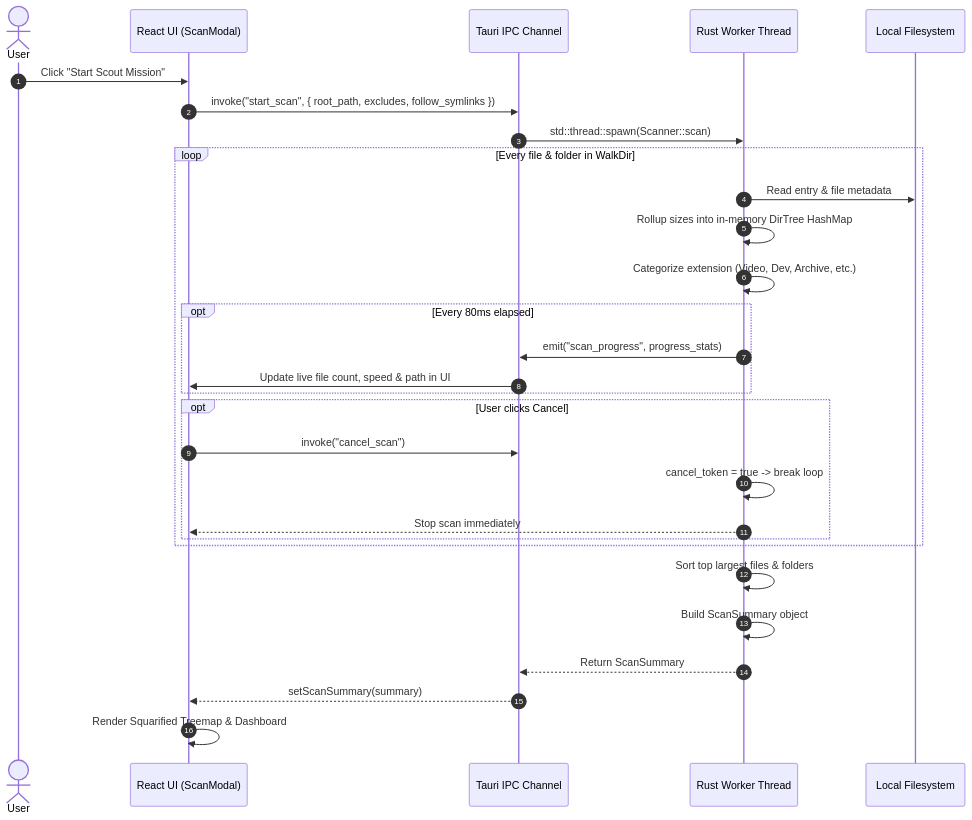
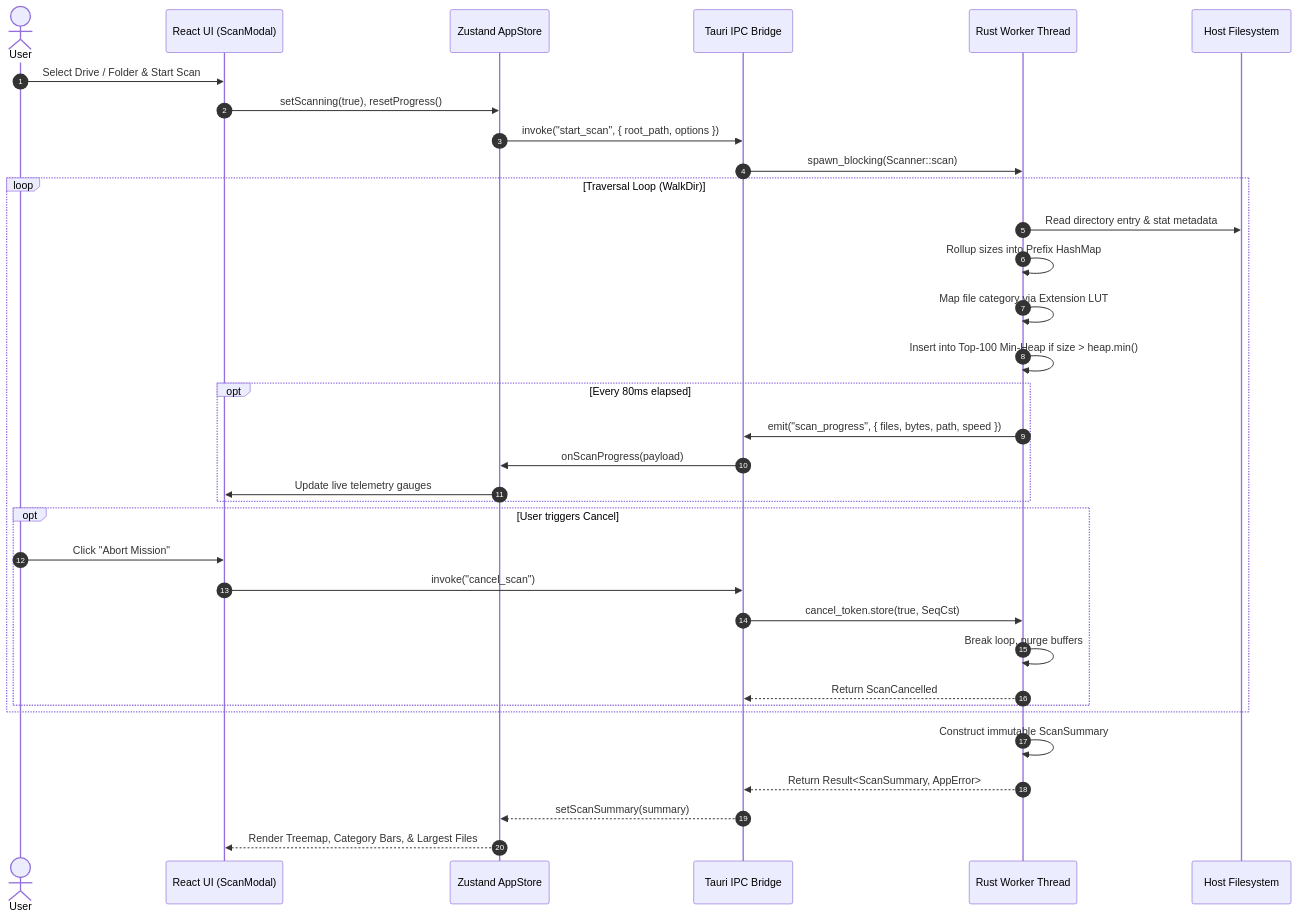
One commit to ankitpandey1900/ByteMap changed the second of 7 diagrams in docs/SYSTEM_DESIGN.md. Above: the diagram before and after it, drawn with Mermaid. The commit also changed other lines of this file, not shown here.

Commit message:
docs: enrich system design specification with in-depth diagrams and architecture models

````diff
--- a/docs/SYSTEM_DESIGN.md
+++ b/docs/SYSTEM_DESIGN.md
@@ -81,36 +120,41 @@
 ```mermaid
 sequenceDiagram
     autonumber
     actor User as User
     participant UI as React UI (ScanModal)
-    participant IPC as Tauri IPC Channel
+    participant Store as Zustand AppStore
+    participant Bridge as Tauri IPC Bridge
     participant Worker as Rust Worker Thread
-    participant FS as Local Filesystem
+    participant FS as Host Filesystem
 
-    User->>UI: Click "Start Scout Mission"
-    UI->>IPC: invoke("start_scan", { root_path, excludes, follow_symlinks })
-    IPC->>Worker: std::thread::spawn(Scanner::scan)
+    User->>UI: Select Drive / Folder & Start Scan
+    UI->>Store: setScanning(true), resetProgress()
+    Store->>Bridge: invoke("start_scan", { root_path, options })
+    Bridge->>Worker: spawn_blocking(Scanner::scan)
     
-    loop Every file & folder in WalkDir
-        Worker->>FS: Read entry & file metadata
-        Worker->>Worker: Rollup sizes into in-memory DirTree HashMap
-        Worker->>Worker: Categorize extension (Video, Dev, Archive, etc.)
+    loop Traversal Loop (WalkDir)
+        Worker->>FS: Read directory entry & stat metadata
+        Worker->>Worker: Rollup sizes into Prefix HashMap
+        Worker->>Worker: Map file category via Extension LUT
+        Worker->>Worker: Insert into Top-100 Min-Heap if size > heap.min()
         
         opt Every 80ms elapsed
-            Worker->>IPC: emit("scan_progress", progress_stats)
-            IPC->>UI: Update live file count, speed & path in UI
+            Worker->>Bridge: emit("scan_progress", { files, bytes, path, speed })
+            Bridge->>Store: onScanProgress(payload)
+            Store->>UI: Update live telemetry gauges
         end
-        
-        opt User clicks Cancel
-            UI->>IPC: invoke("cancel_scan")
-            Worker->>Worker: cancel_token = true -> break loop
-            Worker-->>UI: Stop scan immediately
+
+        opt User triggers Cancel
+            User->>UI: Click "Abort Mission"
+            UI->>Bridge: invoke("cancel_scan")
+            Bridge->>Worker: cancel_token.store(true, SeqCst)
+            Worker->>Worker: Break loop, purge buffers
+            Worker-->>Bridge: Return ScanCancelled
         end
     end
-    
-    Worker->>Worker: Sort top largest files & folders
-    Worker->>Worker: Build ScanSummary object
-    Worker-->>IPC: Return ScanSummary
-    IPC-->>UI: setScanSummary(summary)
-    UI->>UI: Render Squarified Treemap & Dashboard
+
+    Worker->>Worker: Construct immutable ScanSummary
+    Worker-->>Bridge: Return Result<ScanSummary, AppError>
+    Bridge-->>Store: setScanSummary(summary)
+    Store-->>UI: Render Treemap, Category Bars, & Largest Files
 ```
````
